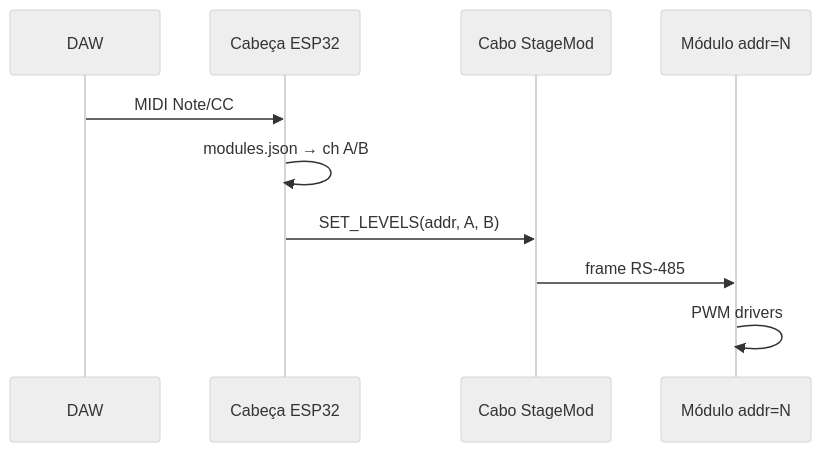
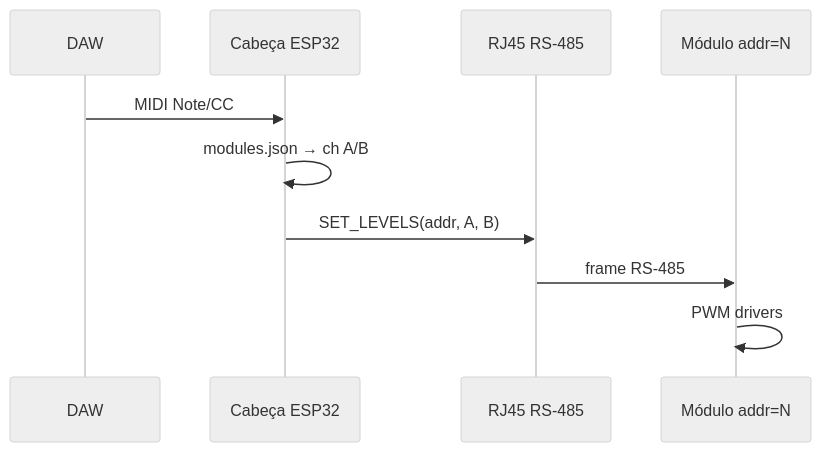
The diagram in docs/05-MIDI-DAW.md (andreysenes/light), drawn with Mermaid (neutral theme) before and after one commit. The commit also changed 13 other files, not shown here.

````diff
--- a/docs/05-MIDI-DAW.md
+++ b/docs/05-MIDI-DAW.md
@@ -7,13 +7,13 @@
 ```mermaid
 sequenceDiagram
     participant DAW
     participant Head as Cabeça ESP32
-    participant Bus as Cabo StageMod
+    participant Bus as RJ45 RS-485
     participant Mod as Módulo addr=N
 
     DAW->>Head: MIDI Note/CC
     Head->>Head: modules.json → ch A/B
     Head->>Bus: SET_LEVELS(addr, A, B)
     Bus->>Mod: frame RS-485
     Mod->>Mod: PWM drivers
 ```
````
